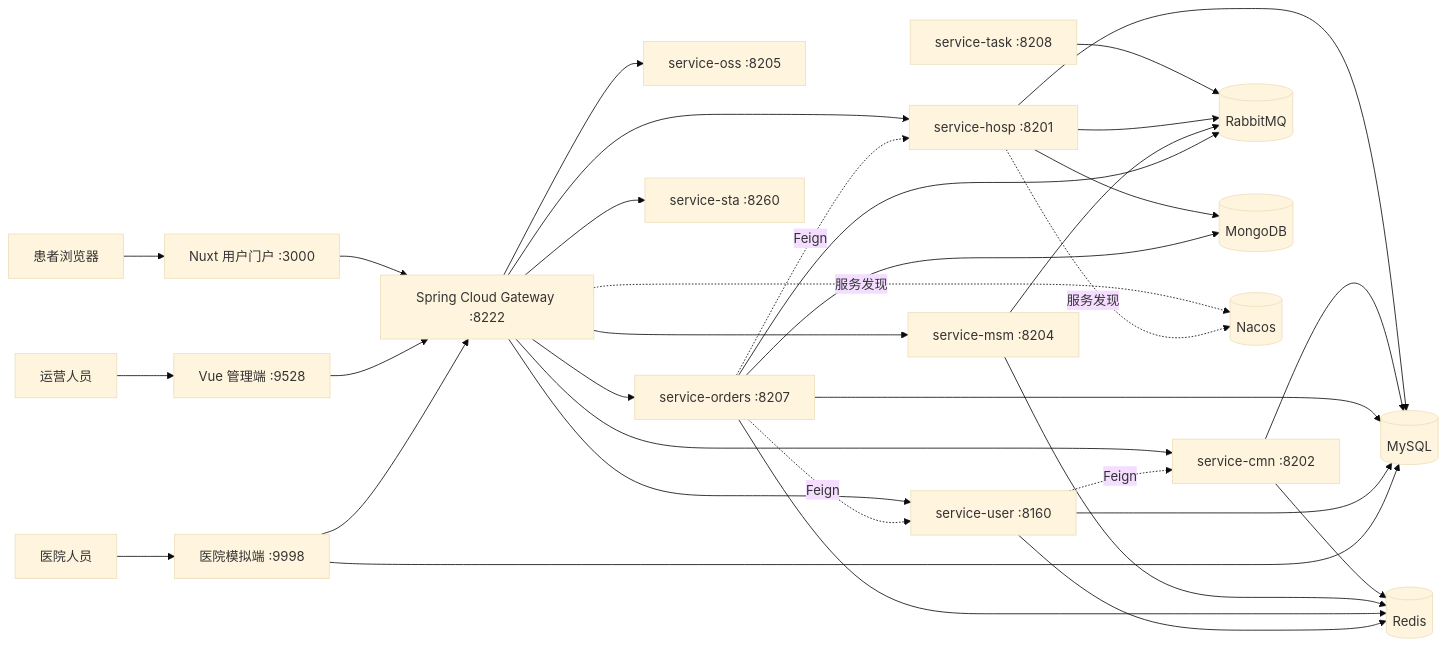
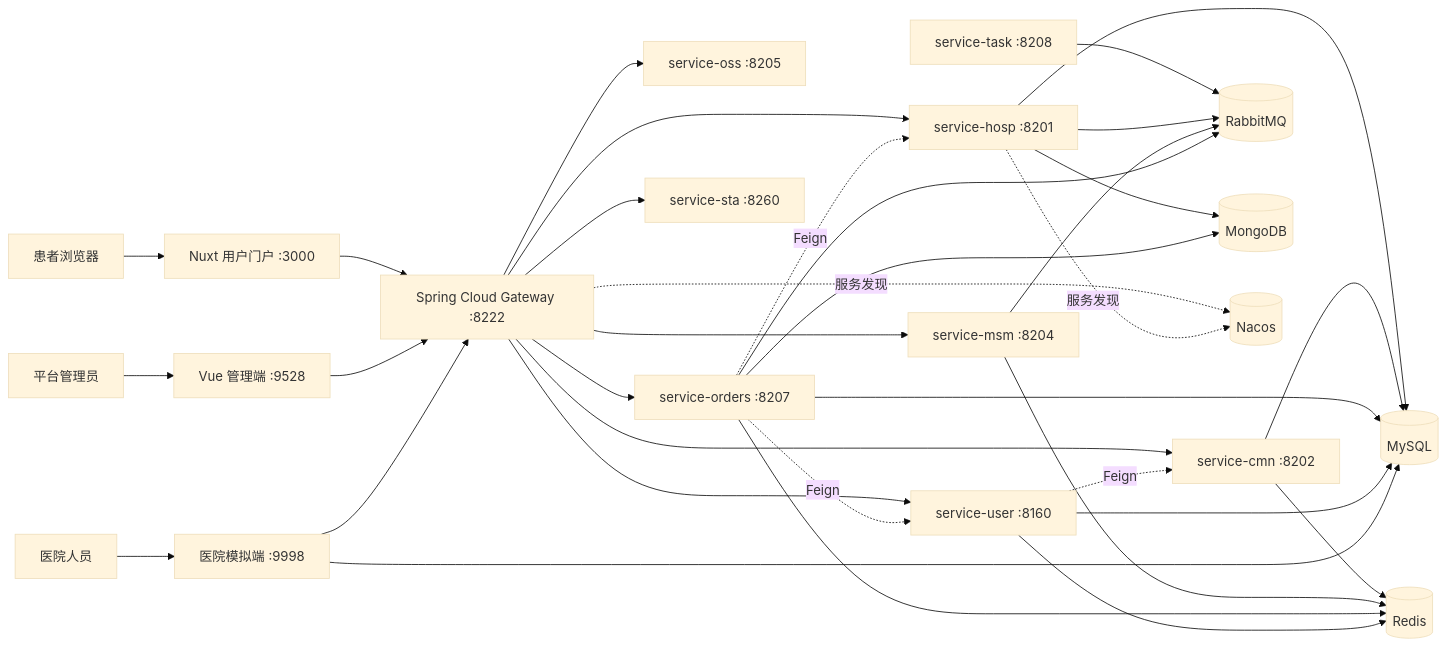
Before and after one commit to 2813078120ggup-cyber/hospital-appointment-platform: the second of 3 diagrams in docs/architecture.md, drawn with Mermaid (base theme). The commit also changed other lines of this file and 199 other files, not shown here.

````diff
--- a/docs/architecture.md
+++ b/docs/architecture.md
@@ -5,38 +38,38 @@
 ```mermaid
 flowchart LR
     Patient[患者浏览器] --> Site[Nuxt 用户门户 :3000]
-    Operator[运营人员] --> Admin[Vue 管理端 :9528]
+    Operator[平台管理员] --> Admin[Vue 管理端 :9528]
     HospitalUser[医院人员] --> HM[医院模拟端 :9998]
     Site --> Gateway[Spring Cloud Gateway :8222]
     Admin --> Gateway
     HM --> Gateway
 
     Gateway --> Hosp[service-hosp :8201]
     Gateway --> Cmn[service-cmn :8202]
     Gateway --> Msm[service-msm :8204]
     Gateway --> Oss[service-oss :8205]
     Gateway --> Orders[service-orders :8207]
     Gateway --> User[service-user :8160]
     Gateway --> Sta[service-sta :8260]
 
     Task[service-task :8208] --> Rabbit[(RabbitMQ)]
     Hosp --> MySQL[(MySQL)]
     Cmn --> MySQL
     Orders --> MySQL
     User --> MySQL
     HM --> MySQL
     Hosp --> Mongo[(MongoDB)]
     Orders --> Mongo
     Cmn --> Redis[(Redis)]
     Msm --> Redis
     Orders --> Redis
     User --> Redis
     Hosp --> Rabbit
     Msm --> Rabbit
     Orders --> Rabbit
     Gateway -. 服务发现 .-> Nacos[(Nacos)]
     Hosp -. 服务发现 .-> Nacos
     Orders -. Feign .-> Hosp
     Orders -. Feign .-> User
     User -. Feign .-> Cmn
 ```
````
